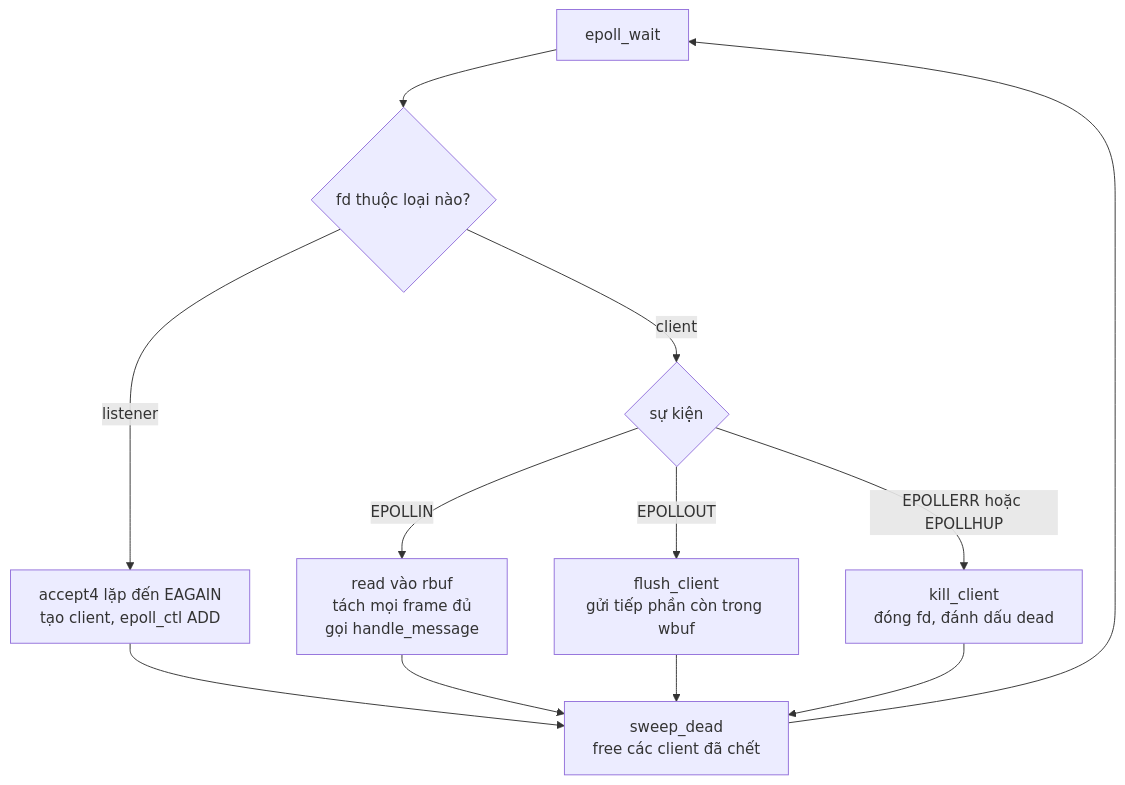
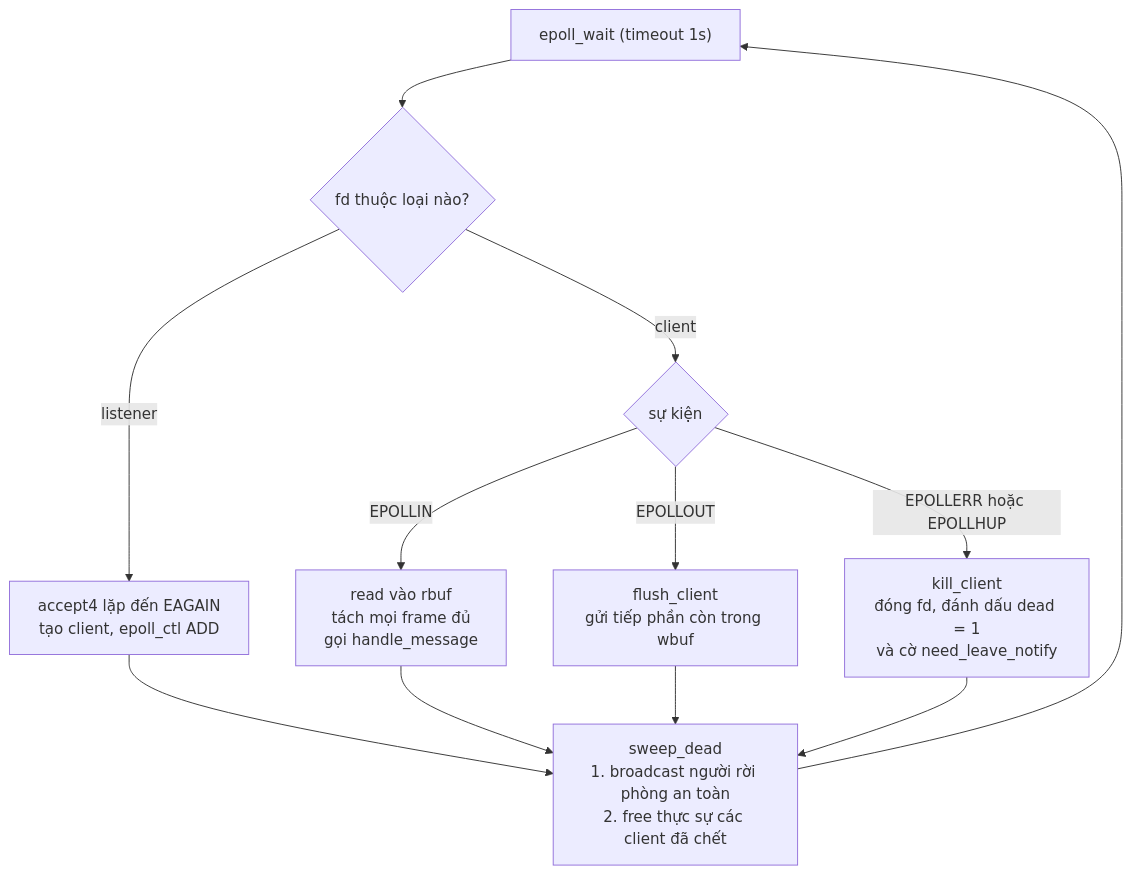
Before and after one commit to minhmtp1123-jpg/LTHT_Project: the second of 4 diagrams in README.md, drawn with Mermaid. The commit also changed other lines of this file, not shown here.

````diff
--- a/README.md
+++ b/README.md
@@ -84,14 +86,14 @@
 ```mermaid
 flowchart TD
-    A["epoll_wait"] --> B{"fd thuộc loại nào?"}
+    A["epoll_wait (timeout 1s)"] --> B{"fd thuộc loại nào?"}
     B -- "listener" --> C["accept4 lặp đến EAGAIN<br/>tạo client, epoll_ctl ADD"]
     B -- "client" --> D{"sự kiện"}
     D -- "EPOLLIN" --> E["read vào rbuf<br/>tách mọi frame đủ<br/>gọi handle_message"]
     D -- "EPOLLOUT" --> F["flush_client<br/>gửi tiếp phần còn trong wbuf"]
-    D -- "EPOLLERR hoặc EPOLLHUP" --> G["kill_client<br/>đóng fd, đánh dấu dead"]
+    D -- "EPOLLERR hoặc EPOLLHUP" --> G["kill_client<br/>đóng fd, đánh dấu dead = 1<br/>và cờ need_leave_notify"]
     C --> H
     E --> H
     F --> H
     G --> H
-    H["sweep_dead<br/>free các client đã chết"] --> A
+    H["sweep_dead<br/>1. broadcast người rời phòng an toàn<br/>2. free thực sự các client đã chết"] --> A
 ```
````
